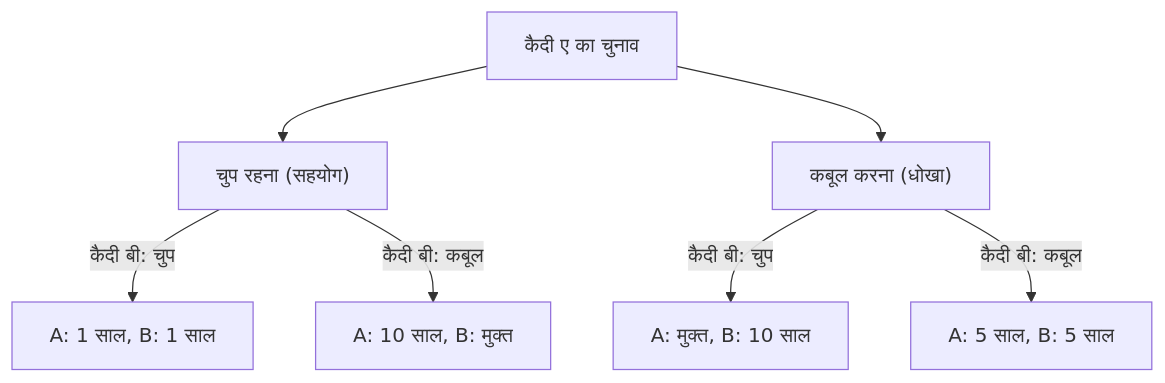
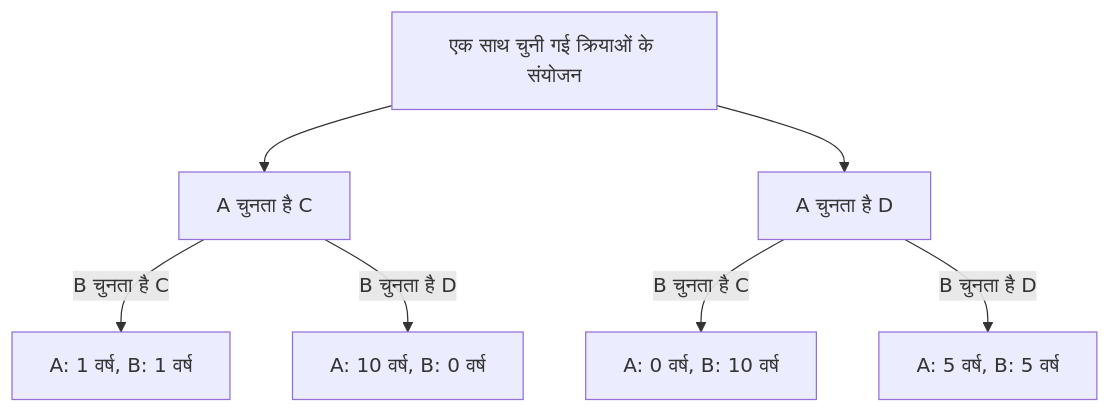
The first of 2 diagrams in content/post/paradox-prisoners-dilemma/index.hi.md (kenjinote/blog), drawn with Mermaid before and after one commit. The commit also changed other lines of this file and 9 other files, not shown here.

````diff
--- a/content/post/paradox-prisoners-dilemma/index.hi.md
+++ b/content/post/paradox-prisoners-dilemma/index.hi.md
@@ -38,12 +35,9 @@
 ```mermaid
 graph TD
-    A["कैदी ए का चुनाव"]
-    B["चुप रहना (सहयोग)"]
-    C["कबूल करना (धोखा)"]
-    A --> B
-    A --> C
-    B -- "कैदी बी: चुप" --> D["A: 1 साल, B: 1 साल"]
-    B -- "कैदी बी: कबूल" --> E["A: 10 साल, B: मुक्त"]
-    C -- "कैदी बी: चुप" --> F["A: मुक्त, B: 10 साल"]
-    C -- "कैदी बी: कबूल" --> G["A: 5 साल, B: 5 साल"]
+    Start["एक साथ चुनी गई क्रियाओं के संयोजन"] --> AC["A चुनता है C"]
+    Start --> AD["A चुनता है D"]
+    AC -->|"B चुनता है C"| CC["A: 1 वर्ष, B: 1 वर्ष"]
+    AC -->|"B चुनता है D"| CD["A: 10 वर्ष, B: 0 वर्ष"]
+    AD -->|"B चुनता है C"| DC["A: 0 वर्ष, B: 10 वर्ष"]
+    AD -->|"B चुनता है D"| DD["A: 5 वर्ष, B: 5 वर्ष"]
 ```
````
